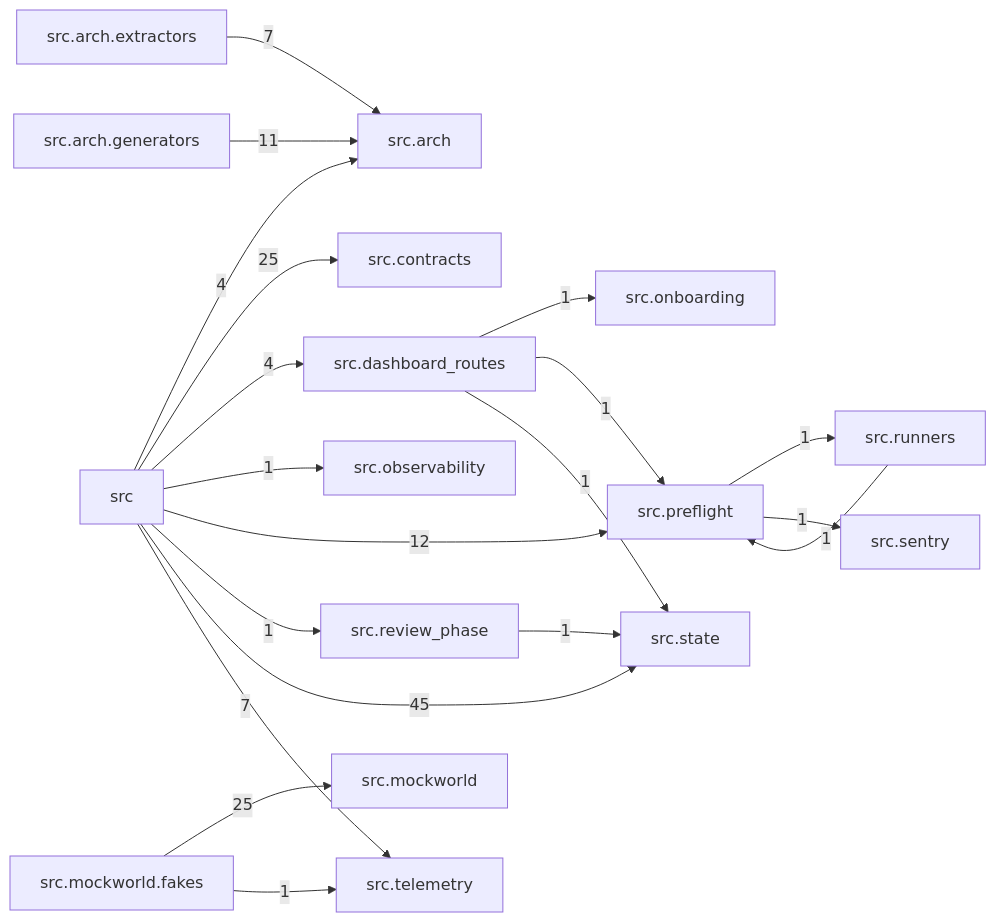
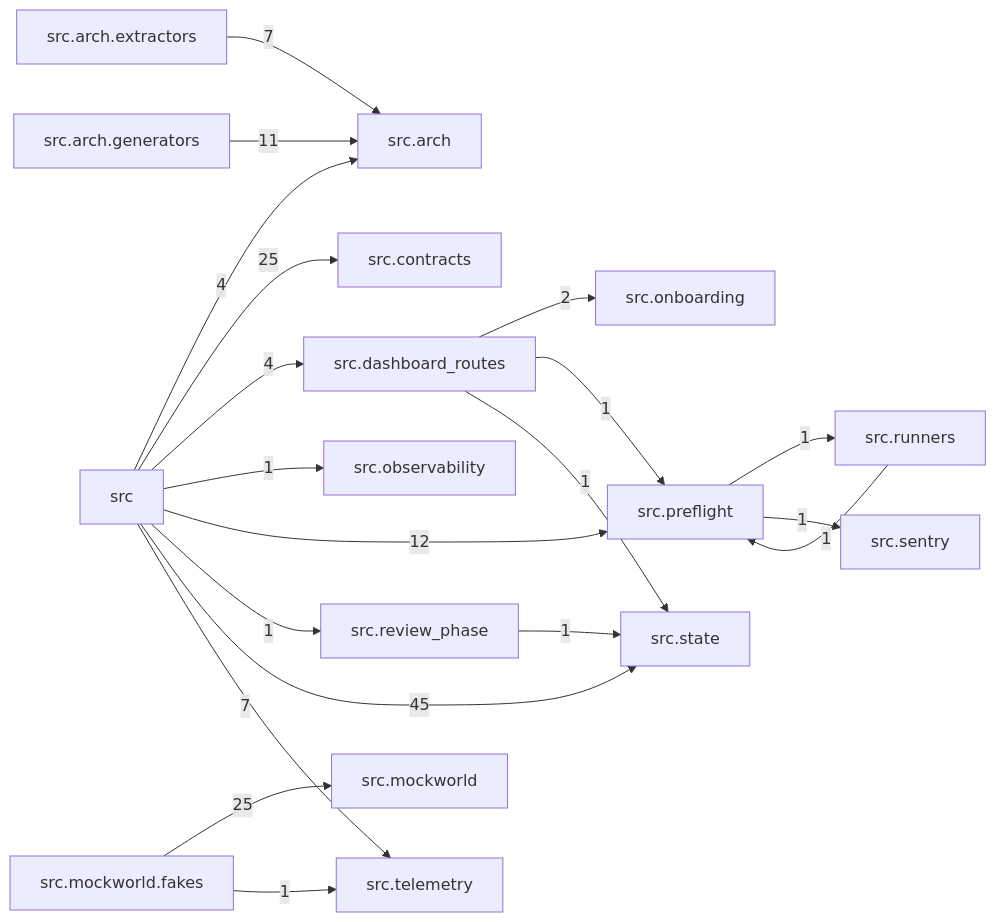
One commit to T-rav/hydraflow changed the diagram in docs/arch/generated/modules.md. Above: the diagram before and after it, drawn with Mermaid. The commit also changed other lines of this file and 16 other files, not shown here.

````diff
--- a/docs/arch/generated/modules.md
+++ b/docs/arch/generated/modules.md
@@ -7,38 +7,38 @@
 ```mermaid
 graph LR
     src["src"]
     src_arch["src.arch"]
     src_arch_extractors["src.arch.extractors"]
     src_arch_generators["src.arch.generators"]
     src_contracts["src.contracts"]
     src_dashboard_routes["src.dashboard_routes"]
     src_mockworld["src.mockworld"]
     src_mockworld_fakes["src.mockworld.fakes"]
     src_observability["src.observability"]
     src_onboarding["src.onboarding"]
     src_preflight["src.preflight"]
     src_review_phase["src.review_phase"]
     src_runners["src.runners"]
     src_sentry["src.sentry"]
     src_state["src.state"]
     src_telemetry["src.telemetry"]
     src -- "4" --> src_arch
     src -- "25" --> src_contracts
     src -- "4" --> src_dashboard_routes
     src -- "1" --> src_observability
     src -- "12" --> src_preflight
     src -- "1" --> src_review_phase
     src -- "45" --> src_state
     src -- "7" --> src_telemetry
     src_arch_extractors -- "7" --> src_arch
     src_arch_generators -- "11" --> src_arch
-    src_dashboard_routes -- "1" --> src_onboarding
+    src_dashboard_routes -- "2" --> src_onboarding
     src_dashboard_routes -- "1" --> src_preflight
     src_dashboard_routes -- "1" --> src_state
     src_mockworld_fakes -- "25" --> src_mockworld
     src_mockworld_fakes -- "1" --> src_telemetry
     src_preflight -- "1" --> src_runners
     src_preflight -- "1" --> src_sentry
     src_review_phase -- "1" --> src_state
     src_runners -- "1" --> src_preflight
 ```
````
